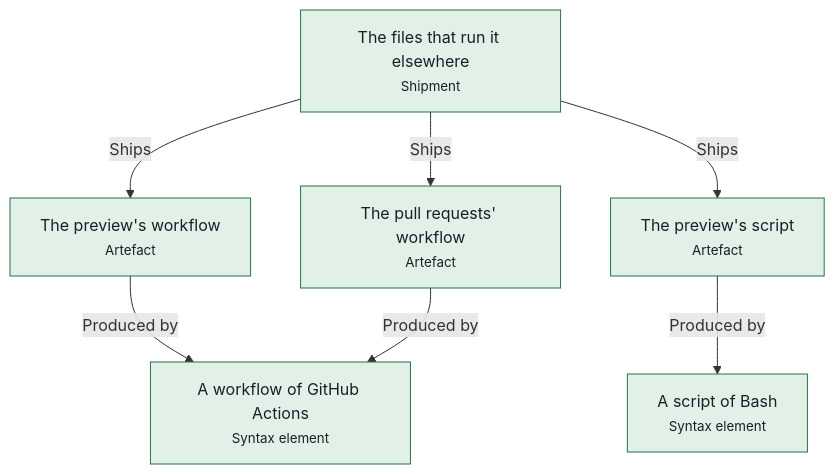
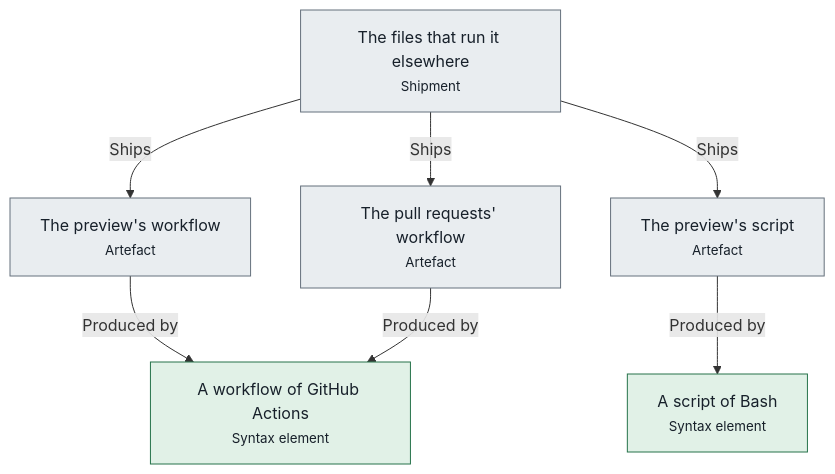
One commit to advancedcognitivesystems-ai/trame changed the fourth of 4 diagrams in apps/poselia/docs/pipelines.md. Above: the diagram before and after it, drawn with Mermaid. The commit also changed other lines of this file and 496 other files, not shown here.

````diff
--- a/apps/poselia/docs/pipelines.md
+++ b/apps/poselia/docs/pipelines.md
@@ -324,20 +324,20 @@
 ```mermaid
 flowchart TB
-  n0["The preview's script<br/><small>Artefact</small>"]:::held
+  n0["The preview's script<br/><small>Artefact</small>"]:::unknown
   n1["A script of Bash<br/><small>Syntax element</small>"]:::held
-  n2["The preview's workflow<br/><small>Artefact</small>"]:::held
+  n2["The preview's workflow<br/><small>Artefact</small>"]:::unknown
   n3["A workflow of GitHub Actions<br/><small>Syntax element</small>"]:::held
-  n4["The pull requests' workflow<br/><small>Artefact</small>"]:::held
-  n5["The files that run it elsewhere<br/><small>Shipment</small>"]:::held
+  n4["The pull requests' workflow<br/><small>Artefact</small>"]:::unknown
+  n5["The files that run it elsewhere<br/><small>Shipment</small>"]:::unknown
   n0 -->|Produced by| n1
   n2 -->|Produced by| n3
   n4 -->|Produced by| n3
   n5 -->|Ships| n2
   n5 -->|Ships| n0
   n5 -->|Ships| n4
   classDef held fill:#e1f1e7,stroke:#26734a,color:#17202a
   classDef blocked fill:#fbf0d9,stroke:#9a6200,color:#17202a
   classDef violated fill:#f9e3e1,stroke:#ad2a22,color:#17202a
   classDef unknown fill:#e9edf0,stroke:#65707c,color:#17202a
   classDef neutral fill:#ffffff,stroke:#5a6672,color:#17202a
 ```
````
